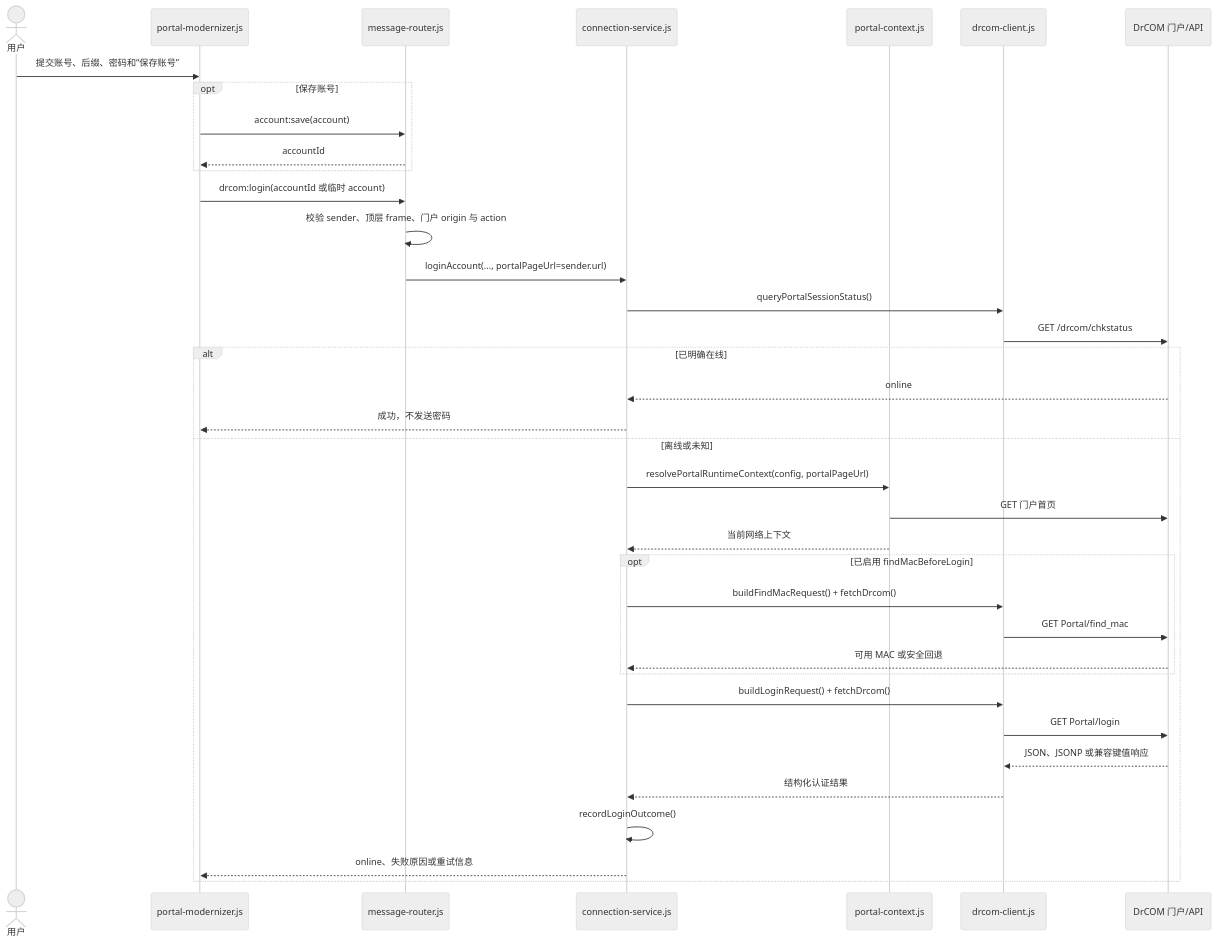
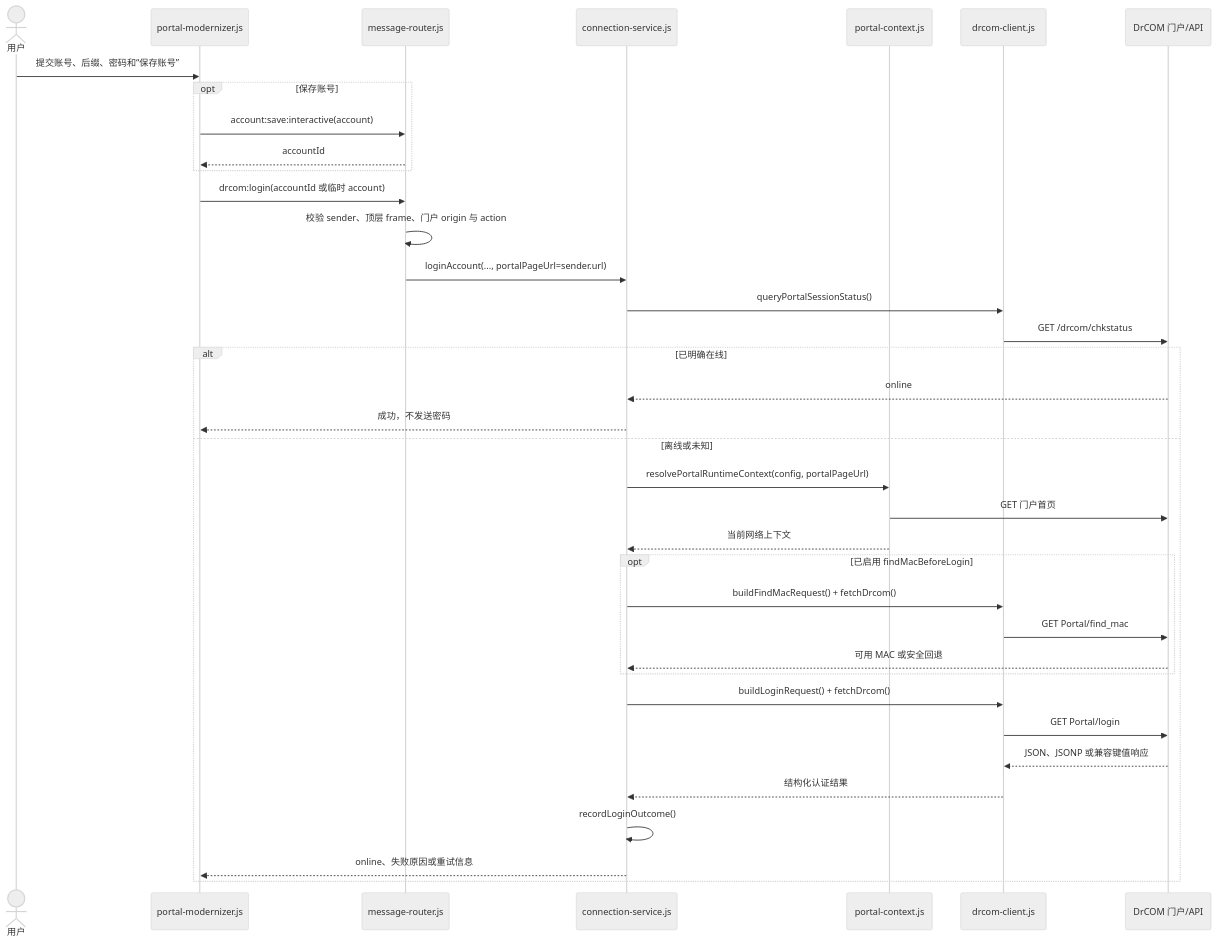
The second of 2 diagrams in docs/development-guide.md (windyxyz/xzhmuDrcom), drawn with Mermaid (neutral theme) before and after one commit. The commit also changed other lines of this file and 17 other files, not shown here.

```diff
--- a/docs/development-guide.md
+++ b/docs/development-guide.md
@@ -247,40 +247,40 @@
 ~~~mermaid
 sequenceDiagram
   actor U as 用户
   participant M as portal-modernizer.js
   participant R as message-router.js
   participant C as connection-service.js
   participant X as portal-context.js
   participant D as drcom-client.js
   participant G as DrCOM 门户/API
 
   U->>M: 提交账号、后缀、密码和“保存账号”
   opt 保存账号
-    M->>R: account:save(account)
+    M->>R: account:save:interactive(account)
     R-->>M: accountId
   end
   M->>R: drcom:login(accountId 或临时 account)
   R->>R: 校验 sender、顶层 frame、门户 origin 与 action
   R->>C: loginAccount(..., portalPageUrl=sender.url)
   C->>D: queryPortalSessionStatus()
   D->>G: GET /drcom/chkstatus
   alt 已明确在线
     G-->>C: online
     C-->>M: 成功，不发送密码
   else 离线或未知
     C->>X: resolvePortalRuntimeContext(config, portalPageUrl)
     X->>G: GET 门户首页
     X-->>C: 当前网络上下文
     opt 已启用 findMacBeforeLogin
       C->>D: buildFindMacRequest() + fetchDrcom()
       D->>G: GET Portal/find_mac
       G-->>C: 可用 MAC 或安全回退
     end
     C->>D: buildLoginRequest() + fetchDrcom()
     D->>G: GET Portal/login
     G-->>D: JSON、JSONP 或兼容键值响应
     D-->>C: 结构化认证结果
     C->>C: recordLoginOutcome()
     C-->>M: online、失败原因或重试信息
   end
 ~~~
```
